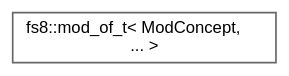
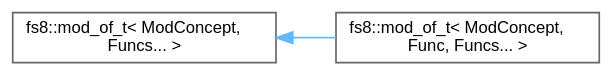
Before and after one commit to the-moisrex/foresight: the diagram in api/inherit_graph_85.dot, drawn with Graphviz. The commit also changed 176 other files, not shown here.

```diff
--- a/api/inherit_graph_85.dot
+++ b/api/inherit_graph_85.dot
@@ -1,9 +1,11 @@
 digraph "Graphical Class Hierarchy"
 {
  // LATEX_PDF_SIZE
   bgcolor="transparent";
   edge [fontname=Helvetica,fontsize=10,labelfontname=Helvetica,labelfontsize=10];
   node [fontname=Helvetica,fontsize=10,shape=box,height=0.2,width=0.4];
   rankdir="LR";
-  Node0 [id="Node000000",label="fs8::mod_of_t\< ModConcept,\l... \>",height=0.2,width=0.4,color="grey40", fillcolor="white", style="filled",URL="$structfs8_1_1mod__of__t.html",tooltip=" "];
+  Node0 [id="Node000000",label="fs8::mod_of_t\< ModConcept,\l Funcs... \>",height=0.2,width=0.4,color="grey40", fillcolor="white", style="filled",URL="$structfs8_1_1mod__of__t.html",tooltip=" "];
+  Node0 -> Node1 [id="edge131_Node000000_Node000001",dir="back",color="steelblue1",style="solid",tooltip=" "];
+  Node1 [id="Node000001",label="fs8::mod_of_t\< ModConcept,\l Func, Funcs... \>",height=0.2,width=0.4,color="grey40", fillcolor="white", style="filled",URL="$structfs8_1_1mod__of__t_3_01ModConcept_00_01Func_00_01Funcs_8_8_8_01_4.html",tooltip=" "];
 }
```
